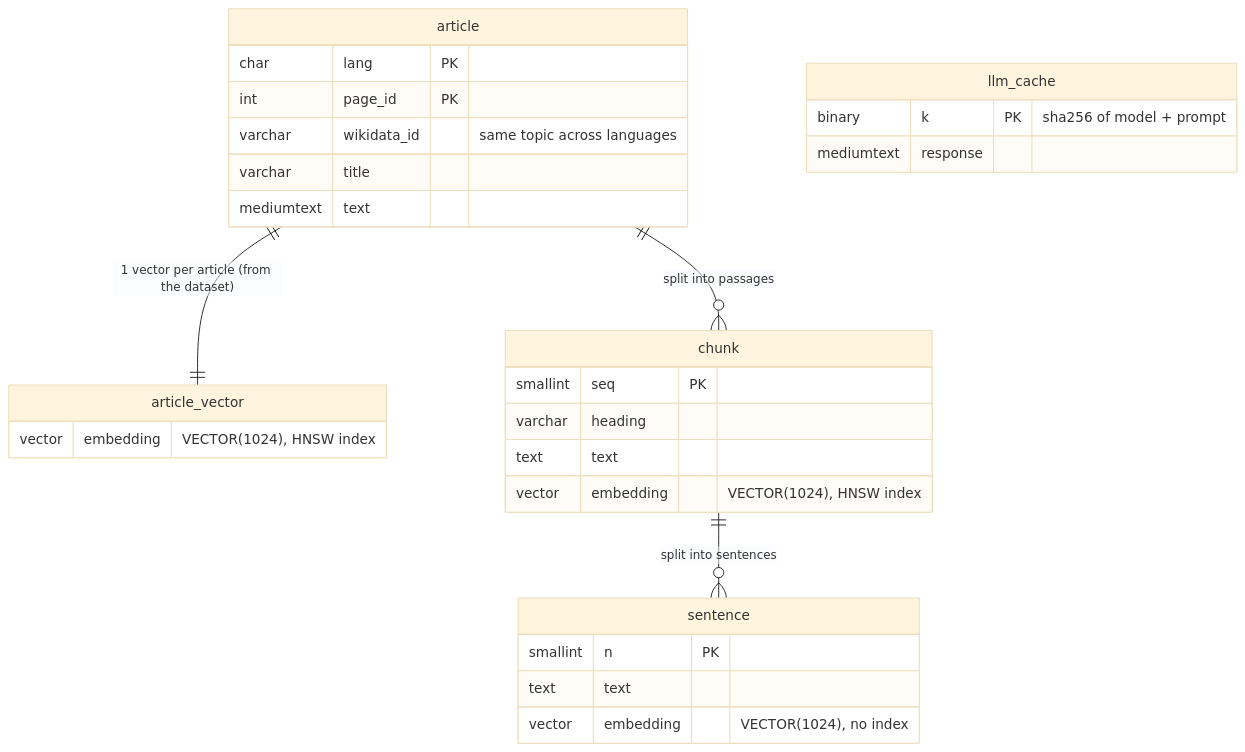
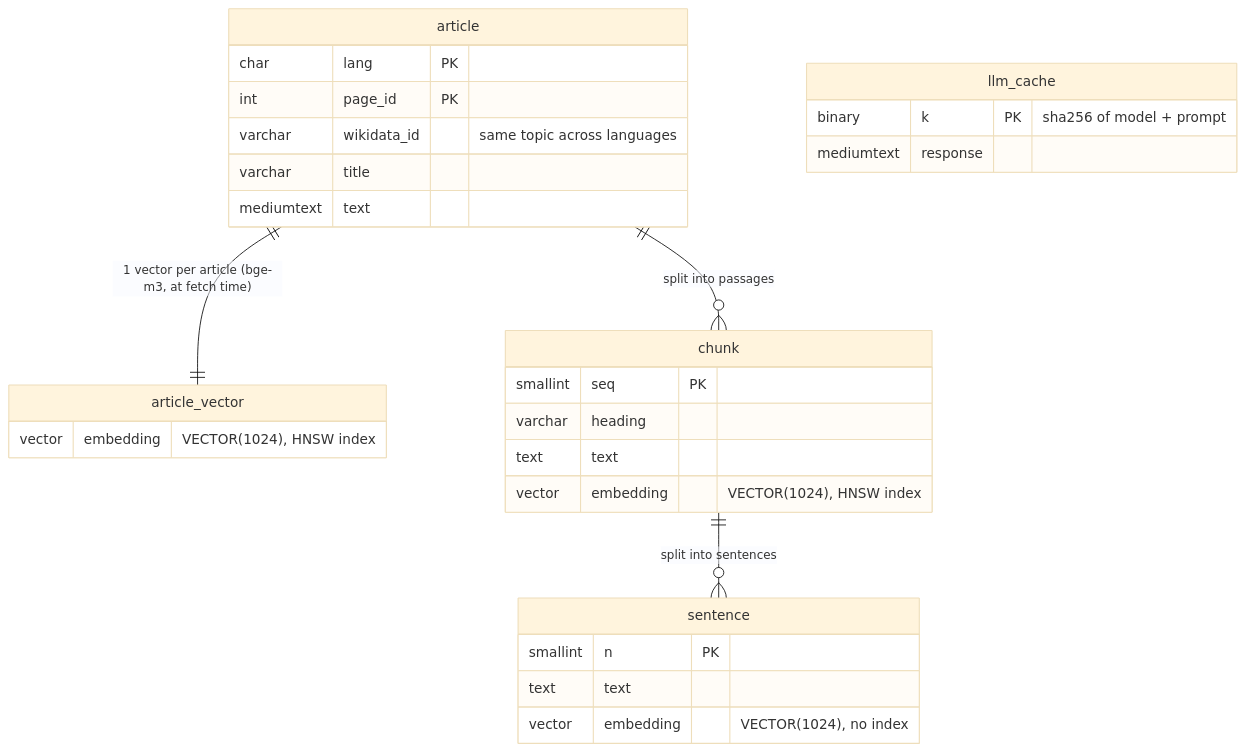
Before and after one commit to ardubev16/junction2026: the second of 7 diagrams in wikicross/docs/how-it-works.md, drawn with Mermaid (base theme). The commit also changed other lines of this file and 11 other files, not shown here.

First line of the commit message:
Remove the dataset S loader: every edition comes from the live Wikipedia fetch

````diff
--- a/wikicross/docs/how-it-works.md
+++ b/wikicross/docs/how-it-works.md
@@ -45,31 +45,31 @@
 ```mermaid
 erDiagram
-  article ||--|| article_vector : "1 vector per article (from the dataset)"
+  article ||--|| article_vector : "1 vector per article (bge-m3, at fetch time)"
   article ||--o{ chunk : "split into passages"
   chunk ||--o{ sentence : "split into sentences"
   article {
     char lang PK
     int page_id PK
     varchar wikidata_id "same topic across languages"
     varchar title
     mediumtext text
   }
   article_vector {
     vector embedding "VECTOR(1024), HNSW index"
   }
   chunk {
     smallint seq PK
     varchar heading
     text text
     vector embedding "VECTOR(1024), HNSW index"
   }
   sentence {
     smallint n PK
     text text
     vector embedding "VECTOR(1024), no index"
   }
   llm_cache {
     binary k PK "sha256 of model + prompt"
     mediumtext response
   }
 ```
````
